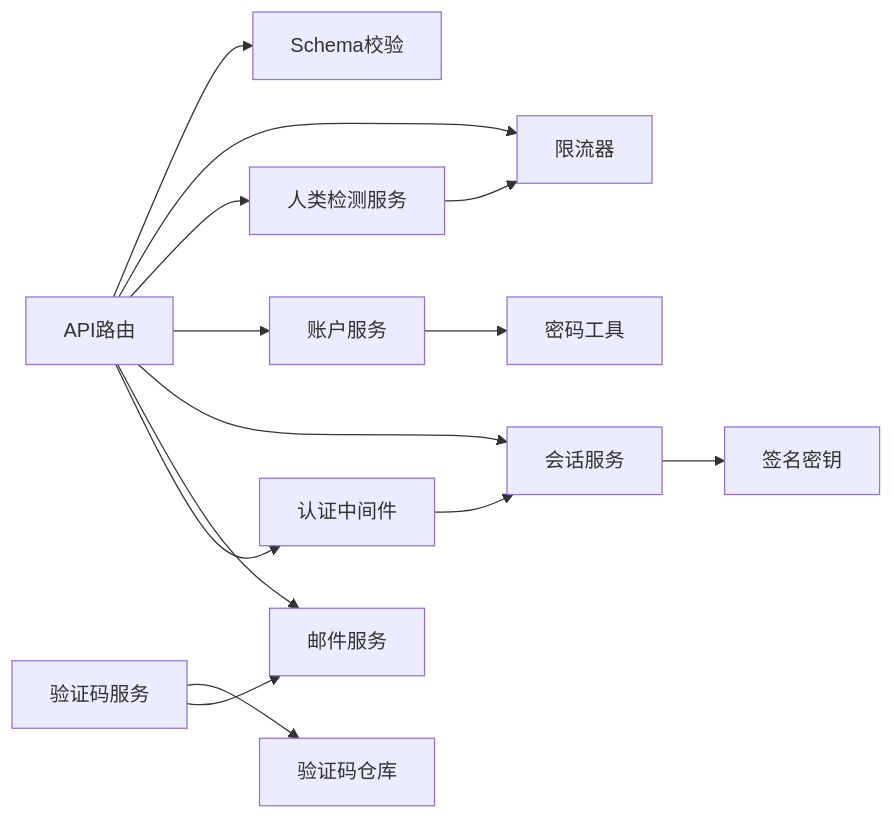
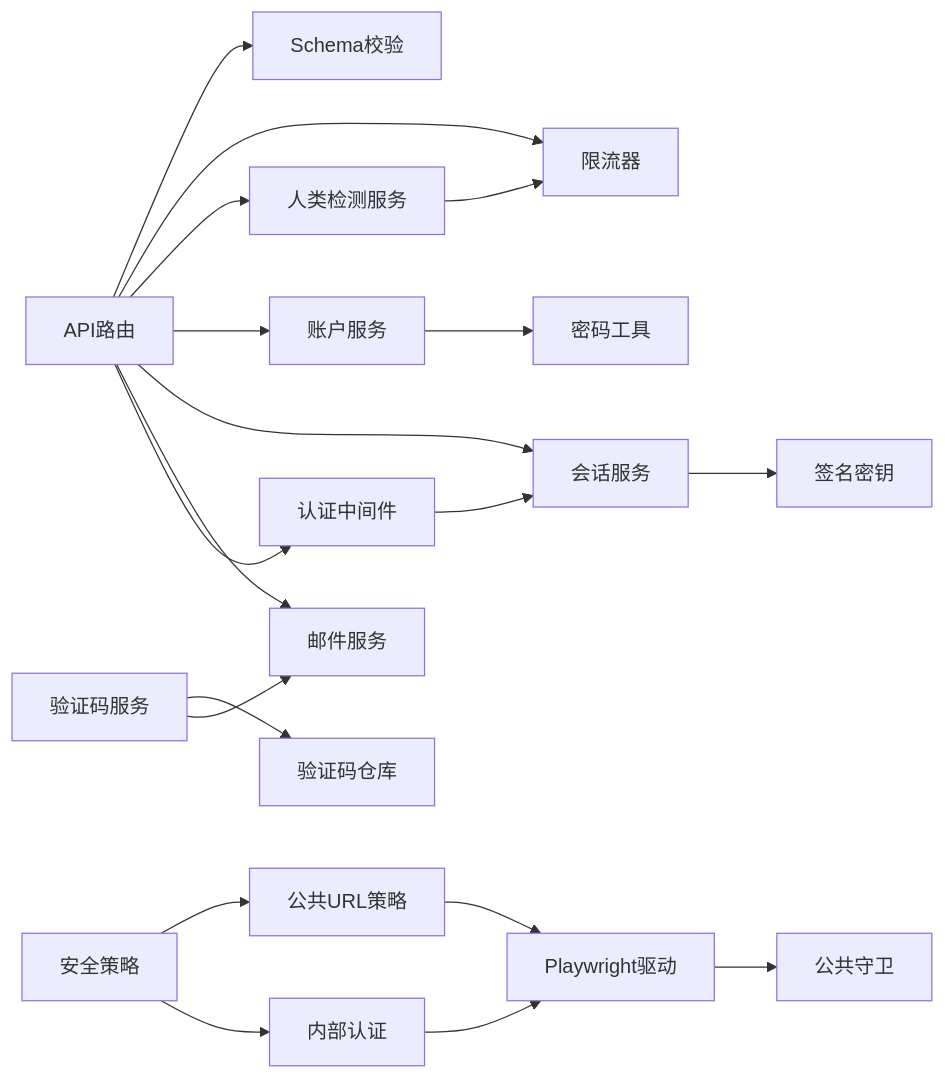
Diagram 14 of 14 in .qoder/repowiki/zh/content/后端架构/安全与认证.md (scottcwy/PurpleInk), drawn with Mermaid before and after one commit. The commit also changed other lines of this file and 29 other files, not shown here.

````diff
--- a/.qoder/repowiki/zh/content/后端架构/安全与认证.md
+++ b/.qoder/repowiki/zh/content/后端架构/安全与认证.md
@@ -543,16 +623,21 @@
 ```mermaid
 graph LR
 API["API路由"] --> SCHEMA["Schema校验"]
 API --> THROTTLE["限流器"]
 API --> HUMAN["人类检测服务"]
 API --> ACC["账户服务"]
 API --> SESS["会话服务"]
 API --> MAIL["邮件服务"]
 API --> MIDDLEWARE["认证中间件"]
 ACC --> PASS["密码工具"]
 SESS --> KEY["签名密钥"]
 VER["验证码服务"] --> REPO["验证码仓库"]
 VER --> MAIL
 HUMAN --> THROTTLE
 MIDDLEWARE --> SESS
+SECURITY["安全策略"] --> URLPOLICY["公共URL策略"]
+SECURITY --> INTERNALAUTH["内部认证"]
+PLAYWRIGHT["Playwright驱动"] --> GUARD["公共守卫"]
+INTERNALAUTH --> PLAYWRIGHT
+URLPOLICY --> PLAYWRIGHT
 ```
````
